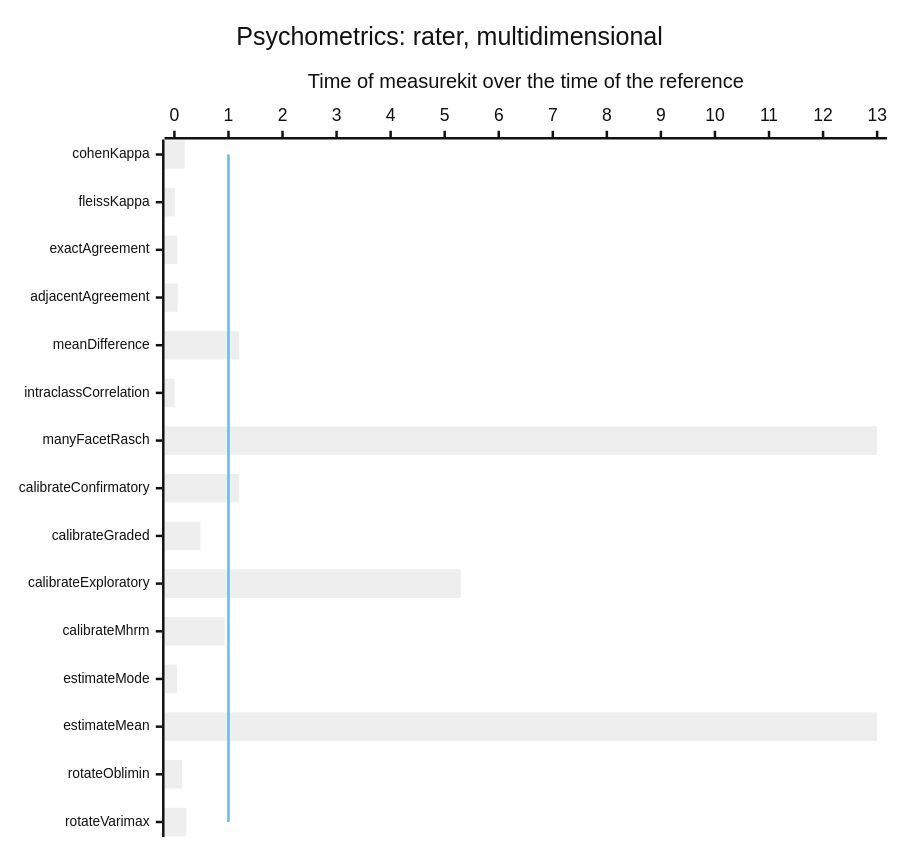
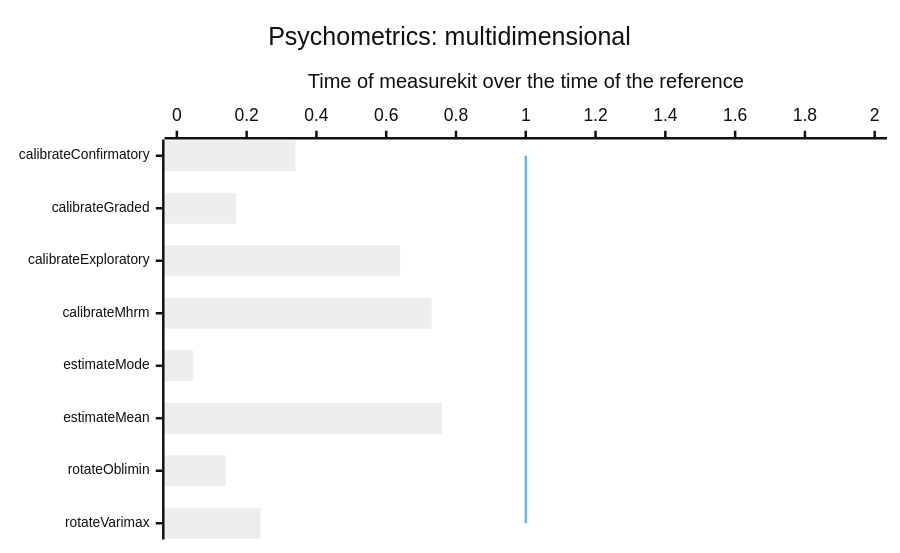
The eighth of 11 diagrams in docs/performance.md (measurekit/measurekit), drawn with Mermaid (neutral theme) before and after one commit. The commit also changed other lines of this file and 1 other file, not shown here.

First line of the commit message:
Refresh the benchmark tables and charts, and tighten the budgets of the rows that the EM changes sped up

````diff
--- a/docs/performance.md
+++ b/docs/performance.md
@@ -83,9 +83,9 @@
 ```mermaid
-%%{init: {"xyChart": {"height": 660, "xAxis": {"labelFontSize": 11}}}}%%
+%%{init: {"xyChart": {"height": 422, "xAxis": {"labelFontSize": 11}}}}%%
 xychart-beta horizontal
-  title "Psychometrics: rater, multidimensional"
-  x-axis ["cohenKappa", "fleissKappa", "exactAgreement", "adjacentAgreement", "meanDifference", "intraclassCorrelation", "manyFacetRasch", "calibrateConfirmatory", "calibrateGraded", "calibrateExploratory", "calibrateMhrm", "estimateMode", "estimateMean", "rotateOblimin", "rotateVarimax"]
-  y-axis "Time of measurekit over the time of the reference" 0 --> 13
-  bar [0.19, 0.0079, 0.057, 0.062, 1.2, 0.0026, 13, 1.2, 0.48, 5.3, 0.93, 0.051, 13, 0.14, 0.22]
-  line [1, 1, 1, 1, 1, 1, 1, 1, 1, 1, 1, 1, 1, 1, 1]
+  title "Psychometrics: multidimensional"
+  x-axis ["calibrateConfirmatory", "calibrateGraded", "calibrateExploratory", "calibrateMhrm", "estimateMode", "estimateMean", "rotateOblimin", "rotateVarimax"]
+  y-axis "Time of measurekit over the time of the reference" 0 --> 2
+  bar [0.34, 0.17, 0.64, 0.73, 0.047, 0.76, 0.14, 0.24]
+  line [1, 1, 1, 1, 1, 1, 1, 1]
 ```
````
